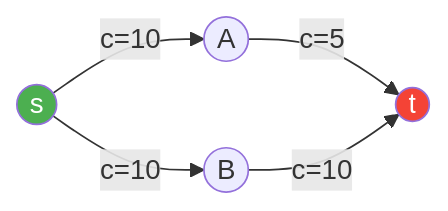
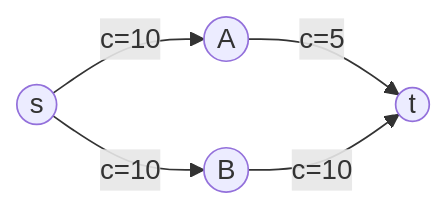
One commit to FPTOJ-OJ/fptoj_wiki changed the second of 5 diagrams in docs/lessons/network-flow.md. Above: the diagram before and after it, drawn with Mermaid. The commit also changed other lines of this file and 18 other files, not shown here.

First line of the commit message:
fix: LaTeX errors, mermaid theme switching, remove custom colors

````diff
--- a/docs/lessons/network-flow.md
+++ b/docs/lessons/network-flow.md
@@ -77,10 +74,7 @@
 ```mermaid
 graph LR
     s((s)) -->|c=10| A((A))
     s((s)) -->|c=10| B((B))
     A -->|c=5| t((t))
     B -->|c=10| t
-
-    style s fill:#4CAF50,color:#fff
-    style t fill:#f44336,color:#fff
 ```
````
